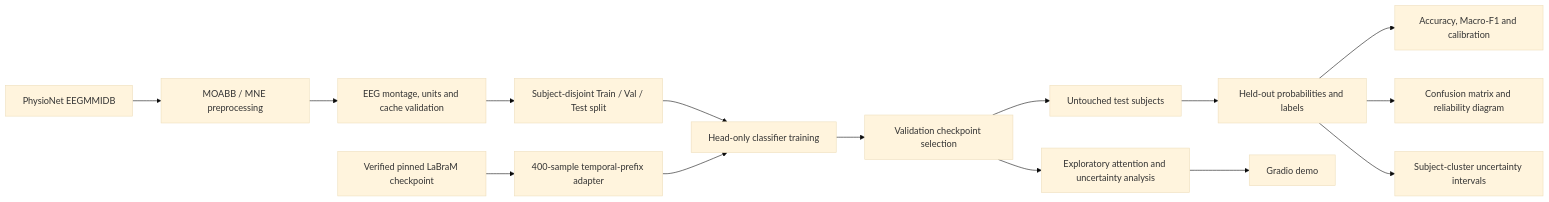
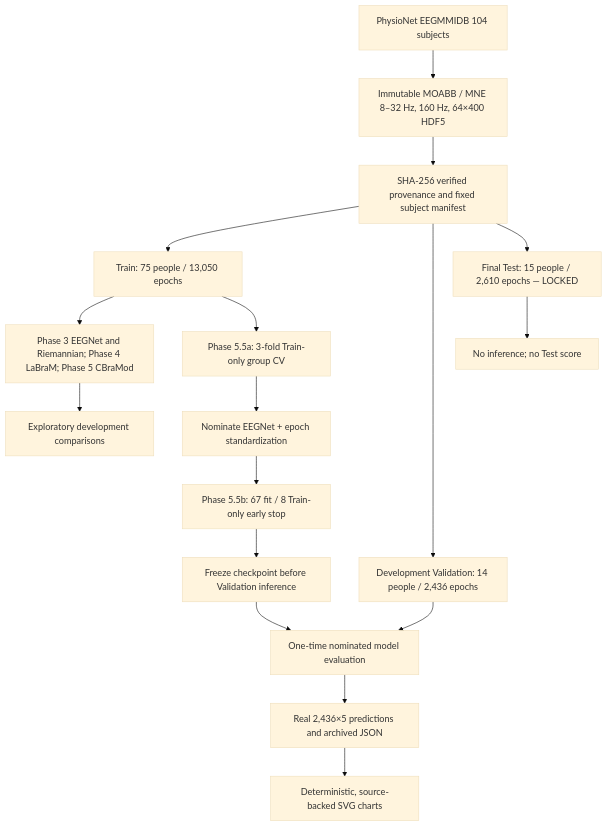
The diagram in docs/architecture.md (mohamad679/labram-mi-project), drawn with Mermaid (base theme) before and after one commit. The commit also changed other lines of this file and 27 other files, not shown here.

First line of the commit message:
Freeze NeuroDecode study and publish source-backed result gallery (#28)

````diff
--- a/docs/architecture.md
+++ b/docs/architecture.md
@@ -5,17 +5,19 @@
 ```mermaid
-flowchart LR
-    A[PhysioNet EEGMMIDB] --> B[MOABB / MNE preprocessing]
-    B --> C[EEG montage, units and cache validation]
-    C --> D[Subject-disjoint Train / Val / Test split]
-    E[Verified pinned LaBraM checkpoint] --> F[400-sample temporal-prefix adapter]
-    D --> G[Head-only classifier training]
-    F --> G
-    G --> H[Validation checkpoint selection]
-    H --> I[Untouched test subjects]
-    I --> J[Held-out probabilities and labels]
-    J --> K[Accuracy, Macro-F1 and calibration]
-    J --> L[Confusion matrix and reliability diagram]
-    J --> M[Subject-cluster uncertainty intervals]
-    H --> N[Exploratory attention and uncertainty analysis]
-    N --> O[Gradio demo]
+flowchart TD
+    A[PhysioNet EEGMMIDB 104 subjects] --> B[Immutable MOABB / MNE 8–32 Hz, 160 Hz, 64×400 HDF5]
+    B --> C[SHA-256 verified provenance and fixed subject manifest]
+    C --> D[Train: 75 people / 13,050 epochs]
+    C --> E[Development Validation: 14 people / 2,436 epochs]
+    C --> F[Final Test: 15 people / 2,610 epochs — LOCKED]
+    D --> G[Phase 3 EEGNet and Riemannian; Phase 4 LaBraM; Phase 5 CBraMod]
+    G --> H[Exploratory development comparisons]
+    D --> I[Phase 5.5a: 3-fold Train-only group CV]
+    I --> J[Nominate EEGNet + epoch standardization]
+    J --> K[Phase 5.5b: 67 fit / 8 Train-only early stop]
+    K --> L[Freeze checkpoint before Validation inference]
+    E --> M[One-time nominated model evaluation]
+    L --> M
+    M --> N[Real 2,436×5 predictions and archived JSON]
+    N --> O[Deterministic, source-backed SVG charts]
+    F --> P[No inference; no Test score]
 ```
````
